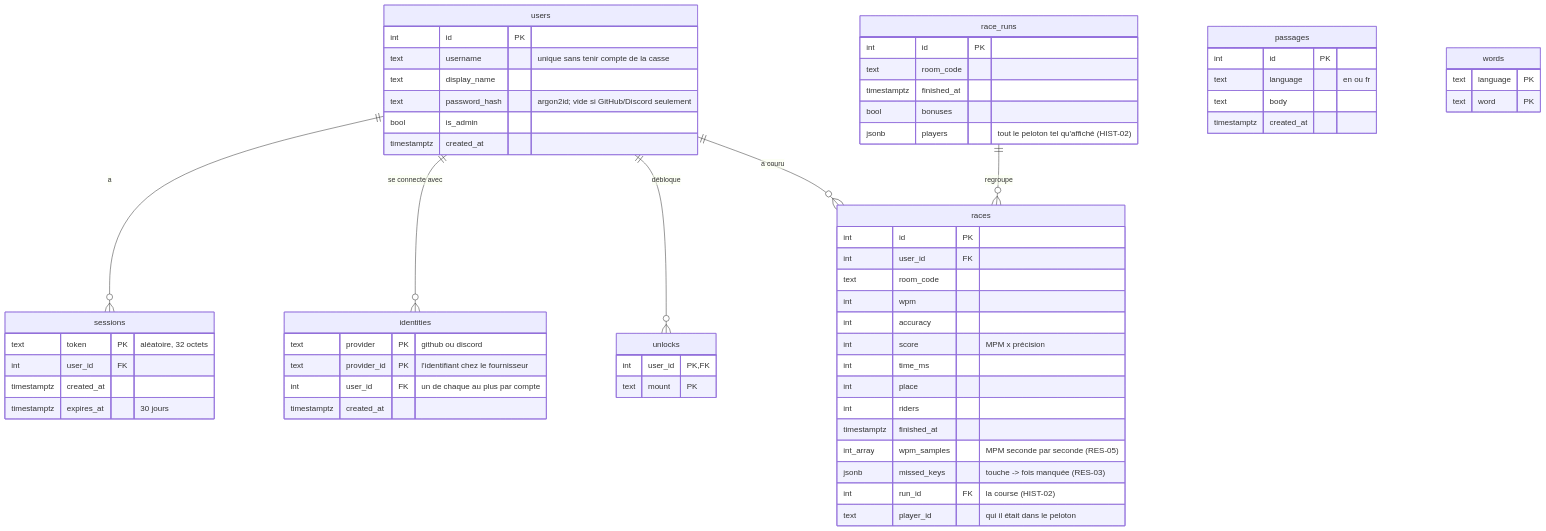
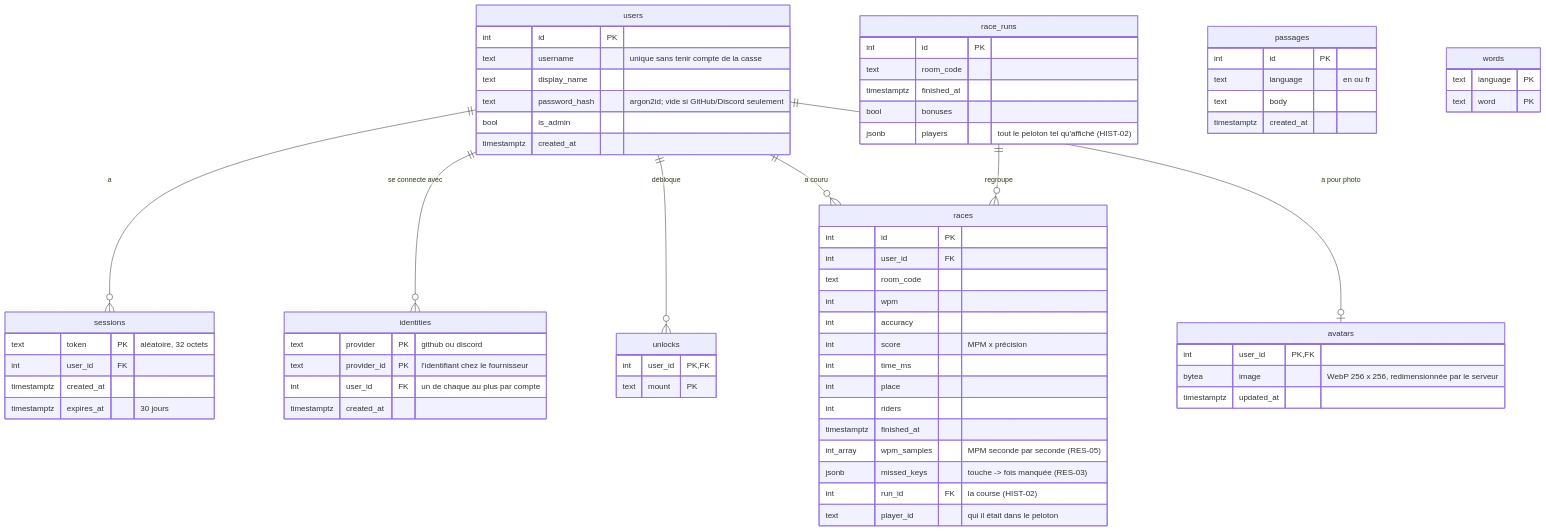
One commit to PBousquet01/TypeRacer changed the second of 4 diagrams in docs/ARCHITECTURE.md. Above: the diagram before and after it, drawn with Mermaid. The commit also changed other lines of this file and 20 other files, not shown here.

````diff
--- a/docs/ARCHITECTURE.md
+++ b/docs/ARCHITECTURE.md
@@ -127,65 +127,71 @@
 ```mermaid
 erDiagram
     users ||--o{ sessions : "a"
     users ||--o{ identities : "se connecte avec"
     users ||--o{ unlocks : "débloque"
     users ||--o{ races : "a couru"
+    users ||--o| avatars : "a pour photo"
     race_runs ||--o{ races : "regroupe"
     users {
         int id PK
         text username "unique sans tenir compte de la casse"
         text display_name
         text password_hash "argon2id; vide si GitHub/Discord seulement"
         bool is_admin
         timestamptz created_at
     }
     sessions {
         text token PK "aléatoire, 32 octets"
         int user_id FK
         timestamptz created_at
         timestamptz expires_at "30 jours"
     }
     identities {
         text provider PK "github ou discord"
         text provider_id PK "l'identifiant chez le fournisseur"
         int user_id FK "un de chaque au plus par compte"
         timestamptz created_at
     }
     unlocks {
         int user_id PK, FK
         text mount PK
     }
     races {
         int id PK
         int user_id FK
         text room_code
         int wpm
         int accuracy
         int score "MPM x précision"
         int time_ms
         int place
         int riders
         timestamptz finished_at
         int_array wpm_samples "MPM seconde par seconde (RES-05)"
         jsonb missed_keys "touche -> fois manquée (RES-03)"
         int run_id FK "la course (HIST-02)"
         text player_id "qui il était dans le peloton"
     }
+    avatars {
+        int user_id PK, FK
+        bytea image "WebP 256 x 256, redimensionnée par le serveur"
+        timestamptz updated_at
+    }
     race_runs {
         int id PK
         text room_code
         timestamptz finished_at
         bool bonuses
         jsonb players "tout le peloton tel qu'affiché (HIST-02)"
     }
     passages {
         int id PK
         text language "en ou fr"
         text body
         timestamptz created_at
     }
     words {
         text language PK
         text word PK
     }
 ```
````
